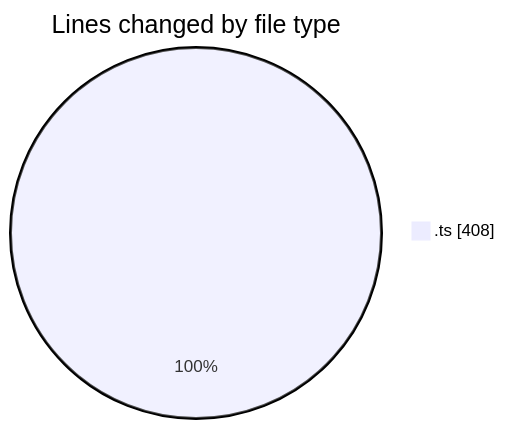
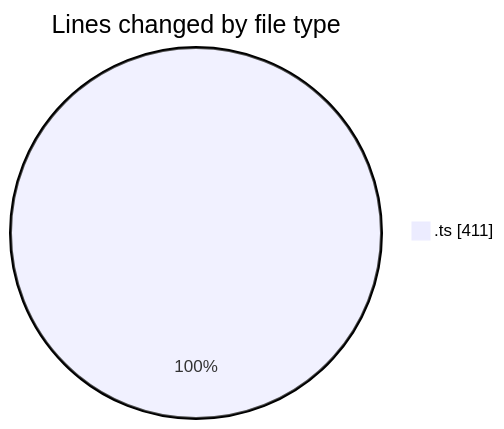
One commit to CELIANVF/code-tracking changed the first of 2 diagrams in 2025-06-03/ecodeli-1/README.md. Above: the diagram before and after it, drawn with Mermaid. The commit also changed other lines of this file and 1 other file, not shown here.

````diff
--- a/2025-06-03/ecodeli-1/README.md
+++ b/2025-06-03/ecodeli-1/README.md
@@ -23,5 +26,5 @@
 ```mermaid
 pie showData
 title Lines changed by file type
-".ts" : 408
+".ts" : 411
 ```
````
